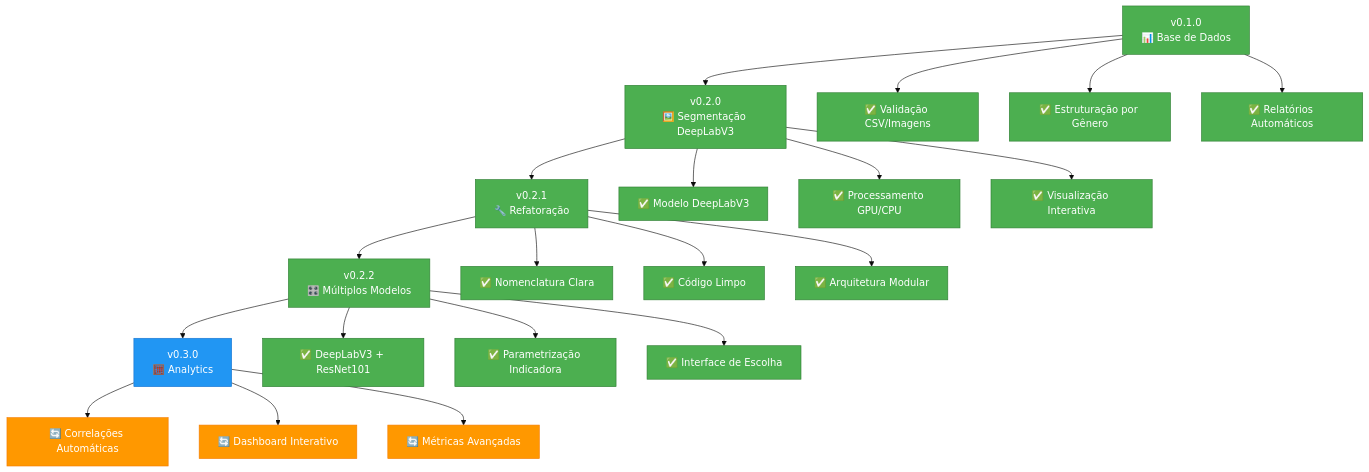
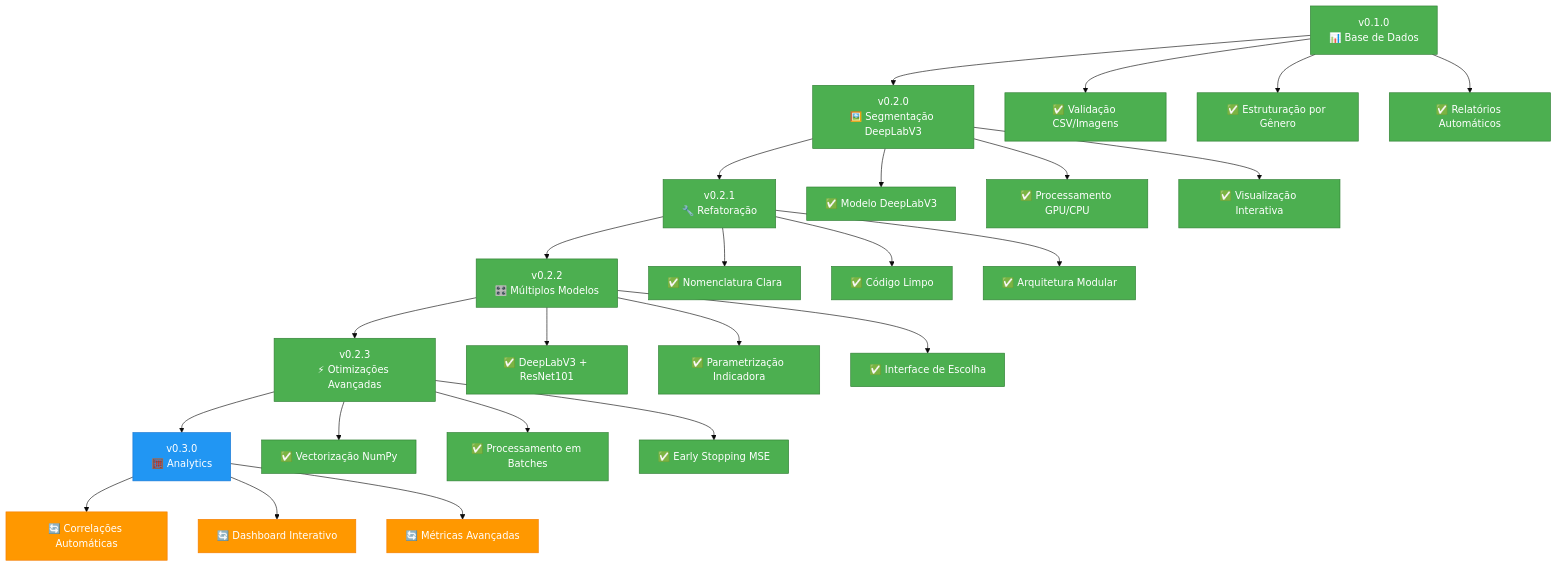
The first of 4 diagrams in README.md (danilorigitano/DesafioInovia-dev), drawn with Mermaid (base theme) before and after one commit. The commit also changed other lines of this file and 5 other files, not shown here.

````diff
--- a/README.md
+++ b/README.md
@@ -10,35 +10,40 @@
 ```mermaid
 graph TD
     A["v0.1.0<br/>📊 Base de Dados"] --> B["v0.2.0<br/>🖼️ Segmentação DeepLabV3"]
     B --> C["v0.2.1<br/>🔧 Refatoração"]
     C --> D["v0.2.2<br/>🎛️ Múltiplos Modelos"]
-    D --> E["v0.3.0<br/>🧮 Analytics"]
+    D --> E["v0.2.3<br/>⚡ Otimizações Avançadas"]
+    E --> F["v0.3.0<br/>🧮 Analytics"]
     
     A --> A1["✅ Validação CSV/Imagens"]
     A --> A2["✅ Estruturação por Gênero"]
     A --> A3["✅ Relatórios Automáticos"]
     
     B --> B1["✅ Modelo DeepLabV3"]
     B --> B2["✅ Processamento GPU/CPU"]
     B --> B3["✅ Visualização Interativa"]
     
     C --> C1["✅ Nomenclatura Clara"]
     C --> C2["✅ Código Limpo"]
     C --> C3["✅ Arquitetura Modular"]
     
     D --> D1["✅ DeepLabV3 + ResNet101"]
     D --> D2["✅ Parametrização Indicadora"]
     D --> D3["✅ Interface de Escolha"]
     
-    E --> E1["🔄 Correlações Automáticas"]
-    E --> E2["🔄 Dashboard Interativo"]
-    E --> E3["🔄 Métricas Avançadas"]
+    E --> E1["✅ Vectorização NumPy"]
+    E --> E2["✅ Processamento em Batches"]
+    E --> E3["✅ Early Stopping MSE"]
+    
+    F --> F1["🔄 Correlações Automáticas"]
+    F --> F2["🔄 Dashboard Interativo"]
+    F --> F3["🔄 Métricas Avançadas"]
     
     classDef implemented fill:#4CAF50,stroke:#2E7D32,color:#fff
     classDef current fill:#2196F3,stroke:#1976D2,color:#fff
     classDef future fill:#FF9800,stroke:#F57C00,color:#fff
     
-    class A,B,C,D,A1,A2,A3,B1,B2,B3,C1,C2,C3,D1,D2,D3 implemented
-    class E current
-    class E1,E2,E3 future
+    class A,B,C,D,E,A1,A2,A3,B1,B2,B3,C1,C2,C3,D1,D2,D3,E1,E2,E3 implemented
+    class F current
+    class F1,F2,F3 future
 ```
````
